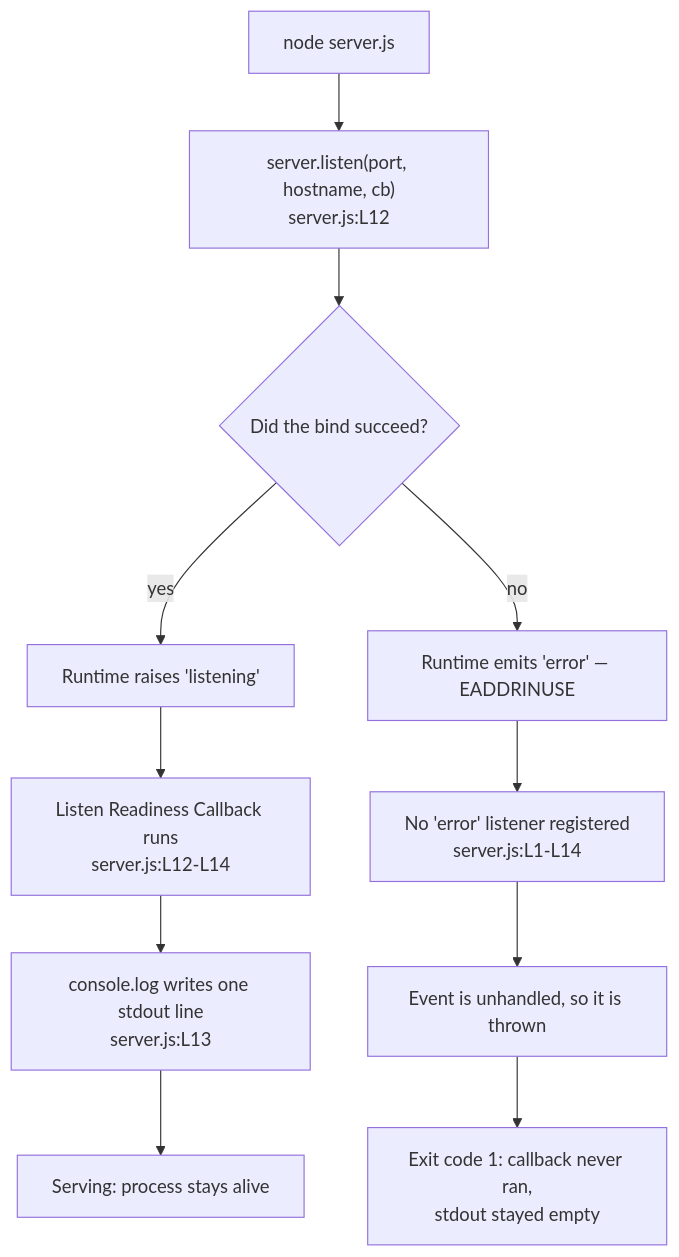
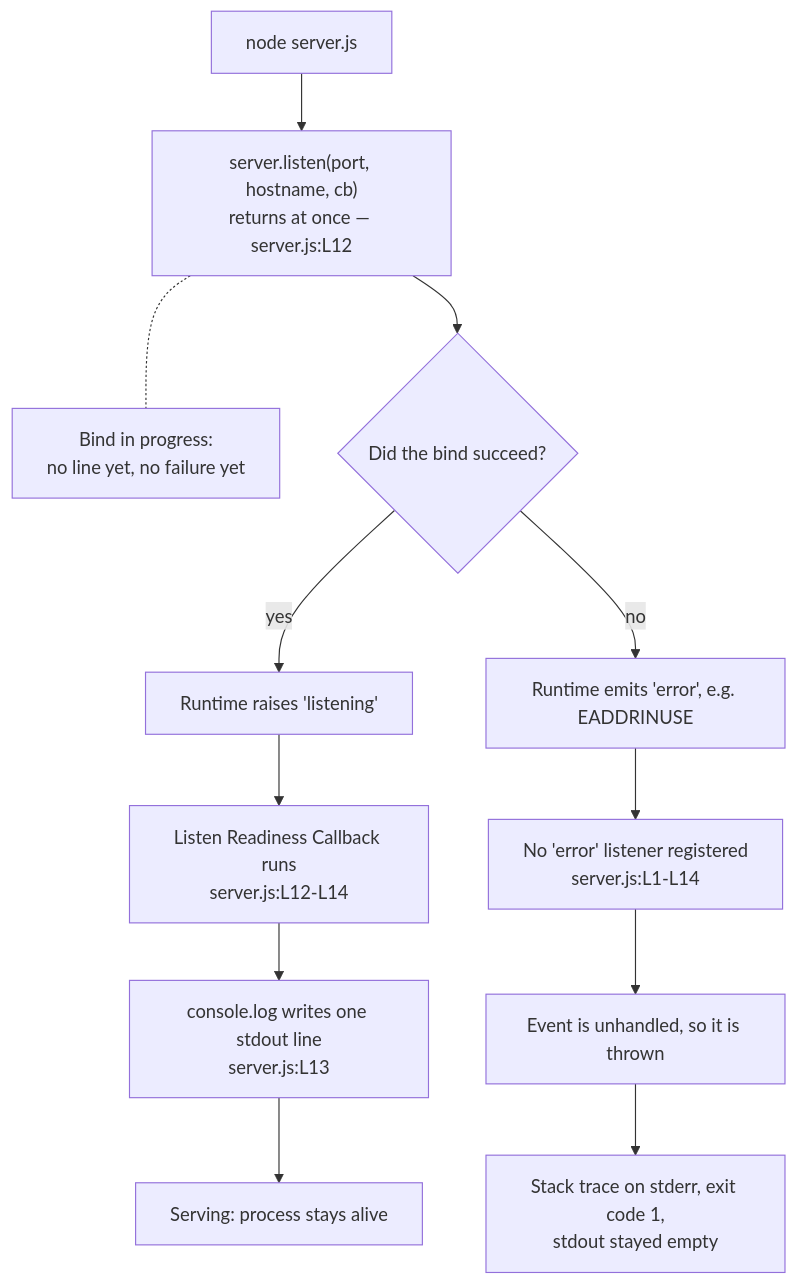
The diagram in docs/api-reference/functions/listen-readiness-callback.md (ajitblitzy/Ajit_GH_Repo-12-Mar-26), drawn with Mermaid before and after one commit. The commit also changed other lines of this file and 13 other files, not shown here.

````diff
--- a/docs/api-reference/functions/listen-readiness-callback.md
+++ b/docs/api-reference/functions/listen-readiness-callback.md
@@ -222,22 +254,28 @@
 ```mermaid
 flowchart TD
     S["node server.js"]
-    L["server.listen(port, hostname, cb)<br/>server.js:L12"]
+    L["server.listen(port, hostname, cb)<br/>returns at once — server.js:L12"]
+    W["Bind in progress:<br/>no line yet, no failure yet"]
     Q{"Did the bind succeed?"}
     EV["Runtime raises 'listening'"]
     CB["Listen Readiness Callback runs<br/>server.js:L12-L14"]
     LOG["console.log writes one stdout line<br/>server.js:L13"]
     OK["Serving: process stays alive"]
-    ER["Runtime emits 'error' — EADDRINUSE"]
+    ER["Runtime emits 'error', e.g. EADDRINUSE"]
     NL["No 'error' listener registered<br/>server.js:L1-L14"]
     TH["Event is unhandled, so it is thrown"]
-    X["Exit code 1: callback never ran,<br/>stdout stayed empty"]
+    X["Stack trace on stderr, exit code 1,<br/>stdout stayed empty"]
     S --> L --> Q
+    L -.- W
     Q -- yes --> EV --> CB --> LOG --> OK
     Q -- no --> ER --> NL --> TH --> X
-%% The single decision node is the whole point of this diagram: one of the
-%% two paths bypasses the callback entirely, which is why an absent
-%% readiness line means the socket was never bound rather than that the
-%% logging misfired. The sibling page's diagram has no decision node at
-%% all, because the Request Handler Callback never branches.
+%% Read this diagram forwards only. Reaching the LOG node proves the bind
+%% succeeded and the callback ran, because that write is the callback's
+%% only statement. The absence of the line does not locate a reader on the
+%% failure branch: the W node produces no line either, and neither does a
+%% run whose stdout is not being captured. What identifies the failure
+%% branch is the evidence at node X -- the stderr trace and the exit
+%% status, observed under Node.js 24.19.0 -- together with the state of
+%% the port. The single decision node is still the point of the diagram:
+%% one of the two paths bypasses the callback entirely.
 ```
````
